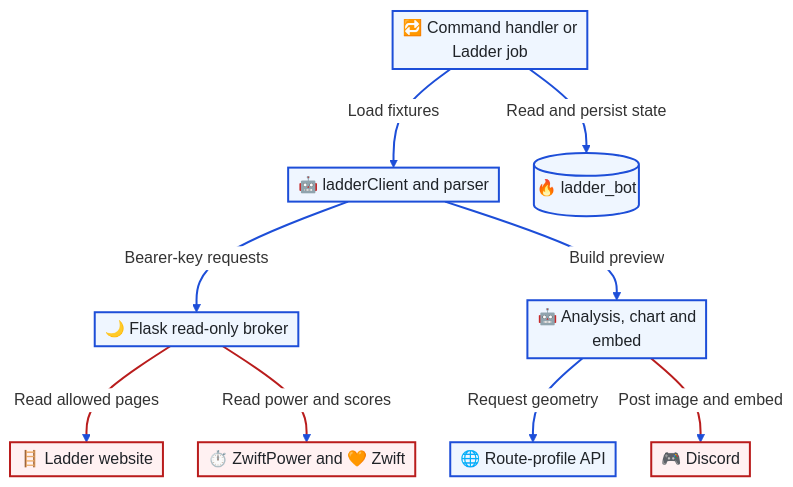
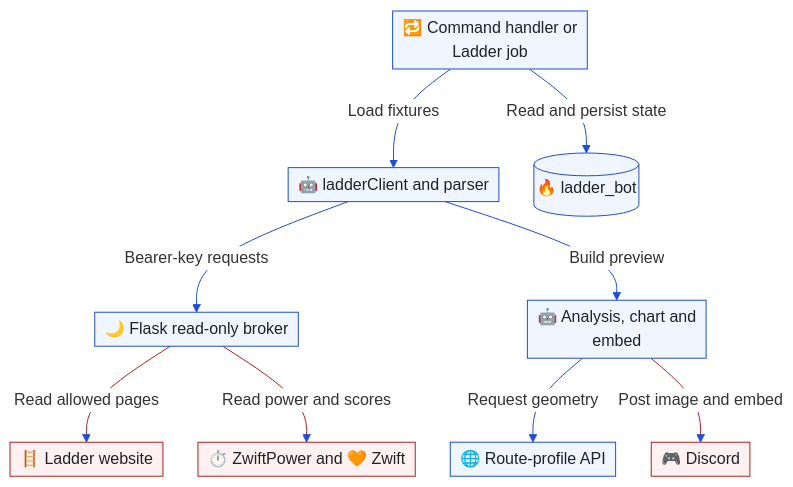
The third of 3 diagrams in docs/architecture/bot-automation.md (T00few2/dzr), drawn with Mermaid before and after one commit. The commit also changed other lines of this file and 34 other files, not shown here.

Commit message:
docs: use normal strokes and enforce 12px sequence labels

````diff
--- a/docs/architecture/bot-automation.md
+++ b/docs/architecture/bot-automation.md
@@ -132,29 +134,29 @@
 ```mermaid
 ---
 config:
   theme: base
   themeVariables:
     edgeLabelBackground: '#ffffff'
   themeCSS: |
     .edgeLabel, .edgeLabel p { font-size: 12px !important; }
     :is(&) { background: #ffffff; }
   flowchart:
     padding: 5
     nodeSpacing: 35
     rankSpacing: 60
 ---
 flowchart TB
     trigger["🔁 Command handler or<br/>Ladder job"] -->|Load fixtures| fixtures["🤖 ladderClient and parser"]
     fixtures -->|Bearer-key requests| api["🌙 Flask read-only broker"]
     fixtures -->|Build preview| preview["🤖 Analysis, chart and<br/>embed"]
     preview -->|Request geometry| route["🌐 Route-profile API"]
     trigger -->|Read and persist state| state[("🔥 ladder_bot")]
     api -->|Read allowed pages| ladder["🪜 Ladder website"]
     api -->|Read power and scores| racing["⏱️ ZwiftPower and 🧡 Zwift"]
     preview -->|Post image and embed| discord["🎮 Discord"]
-    classDef default fill:#eff6ff,stroke:#1d4ed8,stroke-width:2px,color:#1f2328
-    classDef external fill:#fff1f2,stroke:#b91c1c,stroke-width:2px,color:#1f2328
-    linkStyle default stroke:#1d4ed8,stroke-width:2px
+    classDef default fill:#eff6ff,stroke:#1d4ed8,color:#1f2328
+    classDef external fill:#fff1f2,stroke:#b91c1c,color:#1f2328
+    linkStyle default stroke:#1d4ed8
     class ladder,racing,discord external
-    linkStyle 5,6,7 stroke:#b91c1c,stroke-width:2px
+    linkStyle 5,6,7 stroke:#b91c1c
 ```
````
